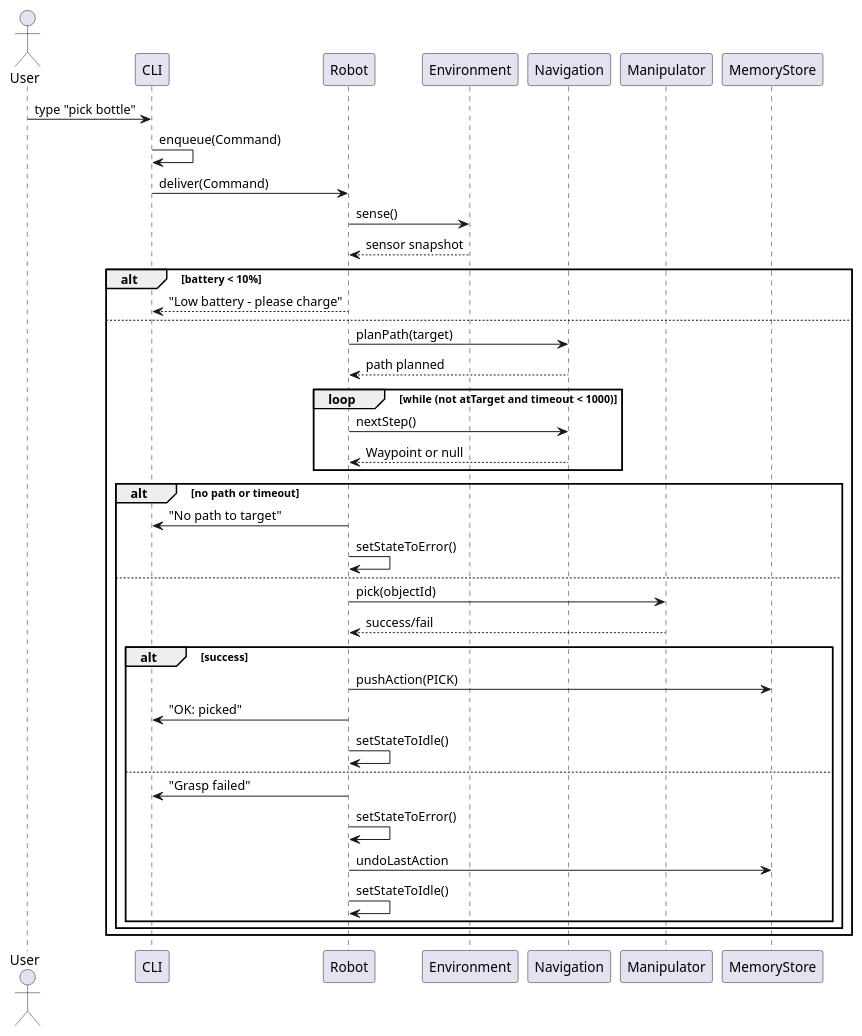
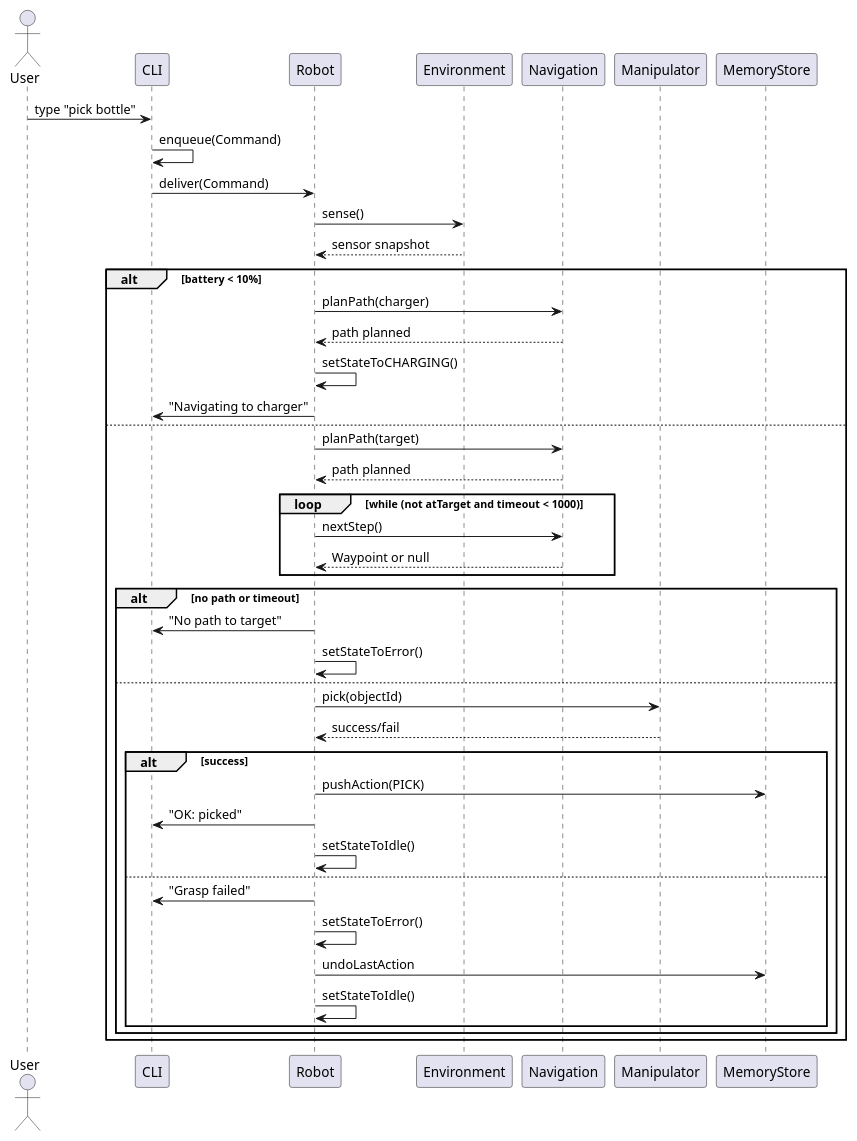
The diagram in OOP_PCOM7E_Assignment/uml/sequence_diagram.puml (va-angelier/va-angelier.github.io), drawn with PlantUML before and after one commit. The commit also changed 32 other files, not shown here.

```diff
--- a/OOP_PCOM7E_Assignment/uml/sequence_diagram.puml
+++ b/OOP_PCOM7E_Assignment/uml/sequence_diagram.puml
@@ -1,41 +1,44 @@
 @startuml
 actor User
 participant CLI
 participant Robot
 participant Environment
 participant Navigation
 participant Manipulator
 participant MemoryStore
 User -> CLI : type "pick bottle"
 CLI -> CLI : enqueue(Command)
 CLI -> Robot : deliver(Command)
 Robot -> Environment : sense()
 Environment --> Robot : sensor snapshot
 alt battery < 10%
-  Robot --> CLI : "Low battery – please charge"
+  Robot -> Navigation : planPath(charger)
+  Navigation --> Robot : path planned
+  Robot -> Robot : setStateToCHARGING()
+  Robot -> CLI : "Navigating to charger"
 else
   Robot -> Navigation : planPath(target)
   Navigation --> Robot : path planned
   loop while (not atTarget and timeout < 1000)
     Robot -> Navigation : nextStep()
     Navigation --> Robot : Waypoint or null
   end
   alt no path or timeout
     Robot -> CLI : "No path to target"
     Robot -> Robot : setStateToError()
   else
     Robot -> Manipulator : pick(objectId)
     Manipulator --> Robot : success/fail
     alt success
       Robot -> MemoryStore : pushAction(PICK)
       Robot -> CLI : "OK: picked"
       Robot -> Robot : setStateToIdle()
     else
       Robot -> CLI : "Grasp failed"
       Robot -> Robot : setStateToError()
       Robot -> MemoryStore : undoLastAction
       Robot -> Robot : setStateToIdle()
     end
   end
 end
 @enduml
```
